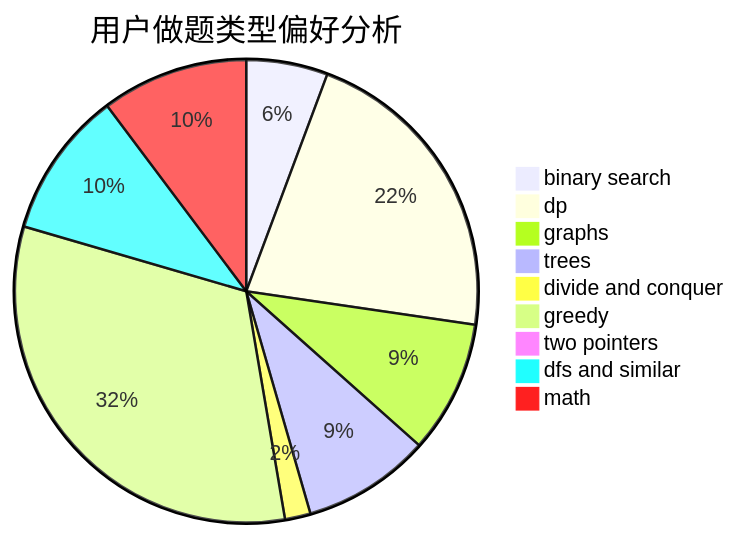
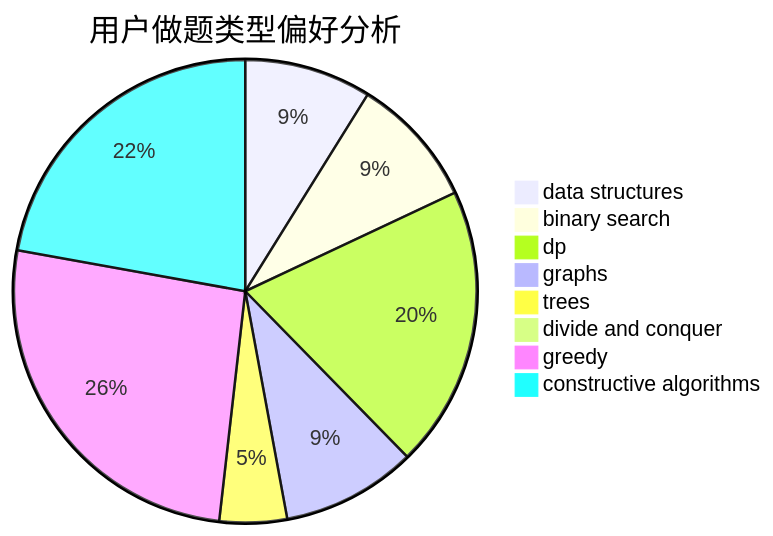
The second of 3 diagrams in docs/user/u776.md (sherpahu/cfrs.github.io), drawn with Mermaid before and after one commit. The commit also changed other lines of this file and 2775 other files, not shown here.

````diff
--- a/docs/user/u776.md
+++ b/docs/user/u776.md
@@ -23,12 +23,11 @@
 ```mermaid
 pie title 用户做题类型偏好分析
-    "binary search" :  35
-    "dp" :  133
-    "graphs" :  57
-    "trees" :  55
-    "divide and conquer" :  11
-    "greedy" :  198
-    "two pointers" :  1
-    "dfs and similar" :  63
-    "math" :  63
+    "data structures" :  32
+    "binary search" :  33
+    "dp" :  71
+    "graphs" :  34
+    "trees" :  17
+    "divide and conquer" :  0
+    "greedy" :  94
+    "constructive algorithms" :  80
 ```
````
